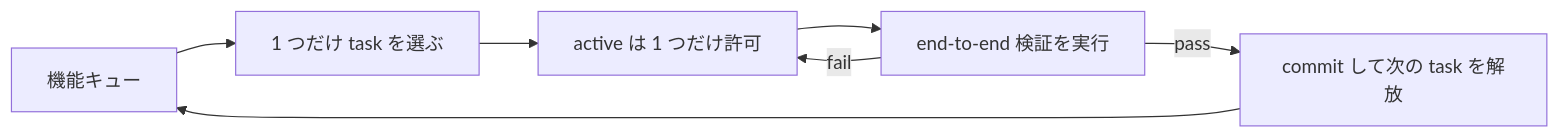
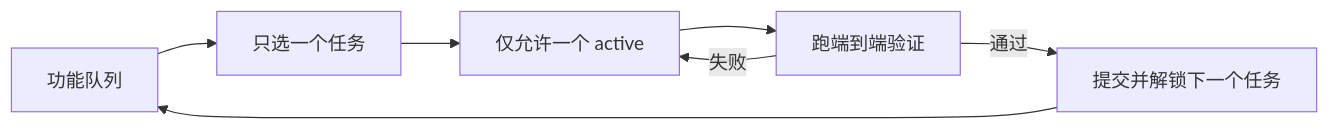
Before and after one commit to mkusaka/learn-harness-engineering: the first of 2 diagrams in docs/zh/lectures/lecture-07-why-agents-overreach-and-under-finish/index.md, drawn with Mermaid. The commit also changed other lines of this file and 684 other files, not shown here.

````diff
--- a/docs/zh/lectures/lecture-07-why-agents-overreach-and-under-finish/index.md
+++ b/docs/zh/lectures/lecture-07-why-agents-overreach-and-under-finish/index.md
@@ -33,9 +33,9 @@
 ```mermaid
 flowchart LR
-    Queue["機能キュー"] --> Pick["1 つだけ task を選ぶ"]
-    Pick --> Active["active は 1 つだけ許可"]
-    Active --> Verify["end-to-end 検証を実行"]
-    Verify -->|pass| Commit["commit して次の task を解放"]
-    Verify -->|fail| Active
+    Queue["功能队列"] --> Pick["只选一个任务"]
+    Pick --> Active["仅允许一个 active"]
+    Active --> Verify["跑端到端验证"]
+    Verify -->|通过| Commit["提交并解锁下一个任务"]
+    Verify -->|失败| Active
     Commit --> Queue
 ```
````
